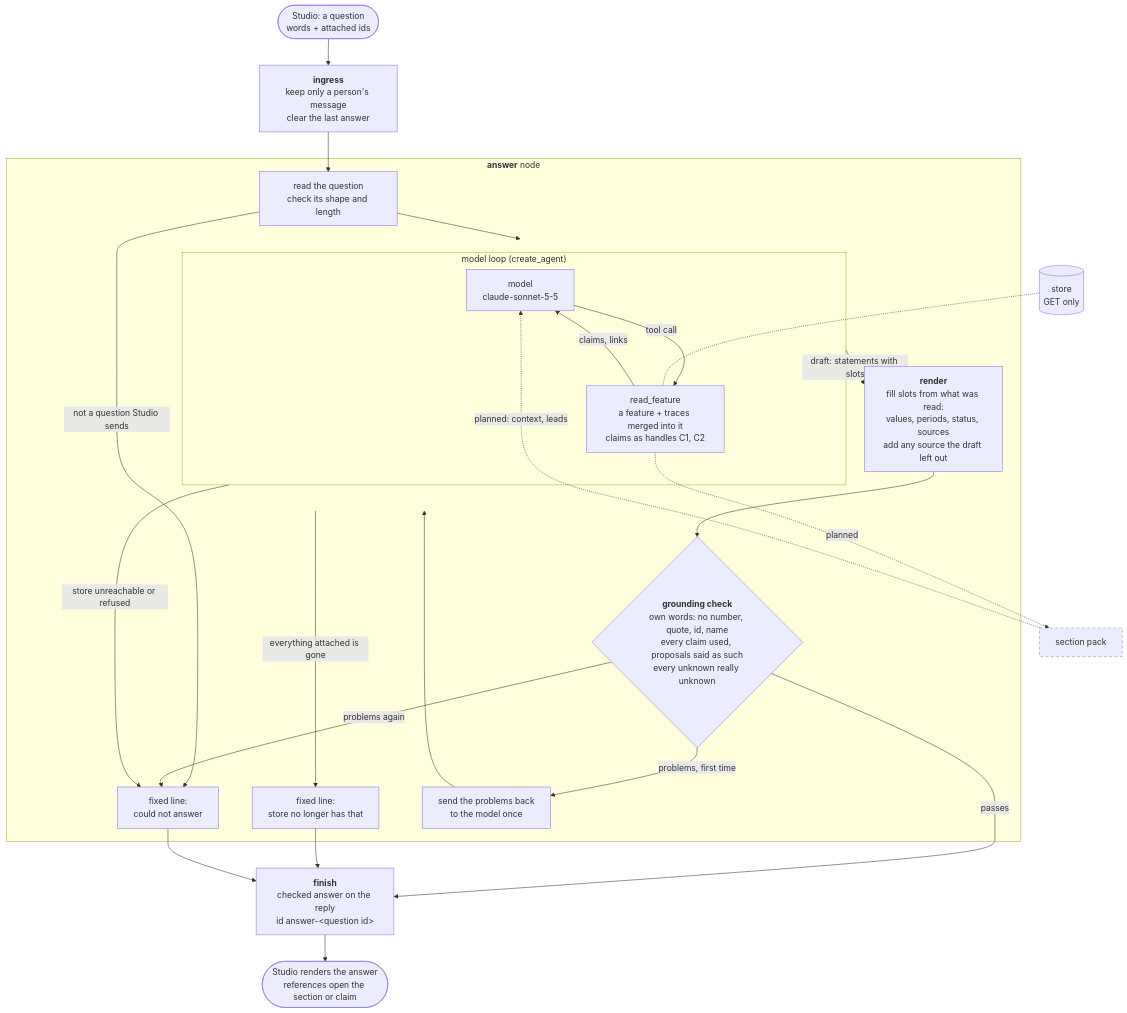
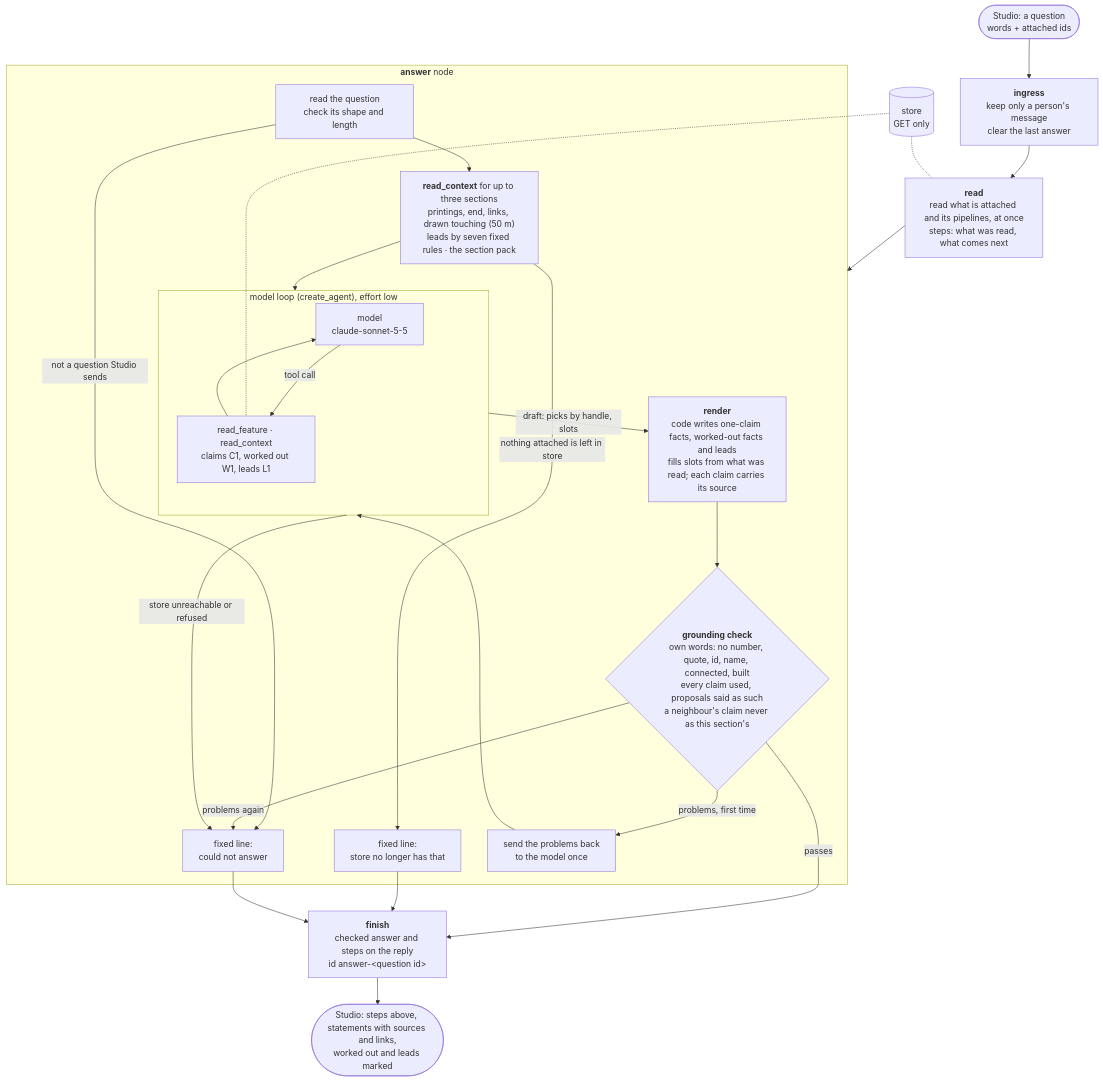
Before and after one commit to line-age/studio: the diagram in agent/README.md, drawn with Mermaid. The commit also changed other lines of this file and 3 other files, not shown here.

First line of the commit message:
docs: section context built; the answer as shown; how steps reach Studio

````diff
--- a/agent/README.md
+++ b/agent/README.md
@@ -30,44 +31,44 @@
 ```mermaid
 flowchart TD
     Q(["Studio: a question<br/>words + attached ids"]) --> ingress
 
-    ingress["<b>ingress</b><br/>keep only a person's message<br/>clear the last answer"] --> parse
+    ingress["<b>ingress</b><br/>keep only a person's message<br/>clear the last answer"] --> read
+
+    read["<b>read</b><br/>read what is attached and its pipelines, at once<br/>steps: what was read, what comes next"] --> answer
 
     subgraph answer["<b>answer</b> node"]
         parse["read the question<br/>check its shape and length"]
         parse -->|not a question Studio sends| fail
-        parse --> loop
+        parse --> context
 
-        subgraph loop["model loop (create_agent)"]
+        context["<b>read_context</b> for up to three sections<br/>printings, end, links, drawn touching (50 m)<br/>leads by seven fixed rules · the section pack"]
+        context -->|nothing attached is left in store| gone["fixed line:<br/>store no longer has that"]
+        context --> loop
+
+        subgraph loop["model loop (create_agent), effort low"]
             model["model<br/>claude-sonnet-5-5"]
-            tool["read_feature<br/>a feature + traces merged into it<br/>claims as handles C1, C2"]
+            tool["read_feature · read_context<br/>claims C1, worked out W1, leads L1"]
             model -->|tool call| tool
-            tool -->|claims, links| model
+            tool --> model
         end
 
         loop -->|store unreachable or refused| fail
-        loop -->|everything attached is gone| gone["fixed line:<br/>store no longer has that"]
-        loop -->|draft: statements with slots| render
+        loop -->|draft: picks by handle, slots| render
 
-        render["<b>render</b><br/>fill slots from what was read:<br/>values, periods, status, sources<br/>add any source the draft left out"]
+        render["<b>render</b><br/>code writes one-claim facts, worked-out facts and leads<br/>fills slots from what was read; each claim carries its source"]
         render --> check
 
-        check{"<b>grounding check</b><br/>own words: no number, quote, id, name<br/>every claim used, proposals said as such<br/>every unknown really unknown"}
+        check{"<b>grounding check</b><br/>own words: no number, quote, id, name, connected, built<br/>every claim used, proposals said as such<br/>a neighbour's claim never as this section's"}
         check -->|problems, first time| retry["send the problems back<br/>to the model once"]
         retry --> loop
         check -->|problems again| fail["fixed line:<br/>could not answer"]
     end
 
     check -->|passes| finish
     gone --> finish
     fail --> finish
-    finish["<b>finish</b><br/>checked answer on the reply<br/>id answer-&lt;question id&gt;"] --> A(["Studio renders the answer<br/>references open the section or claim"])
+    finish["<b>finish</b><br/>checked answer and steps on the reply<br/>id answer-&lt;question id&gt;"] --> A(["Studio: steps above, statements with sources and links,<br/>worked out and leads marked"])
 
-    store[("store<br/>GET only")] -.- tool
-
-    pack["section pack"]:::planned
-    tool -.->|planned| pack
-    pack -.->|planned: context, leads| model
-
-    classDef planned stroke-dasharray: 5 5
+    store[("store<br/>GET only")] -.- read
+    store -.- tool
 ```
````
